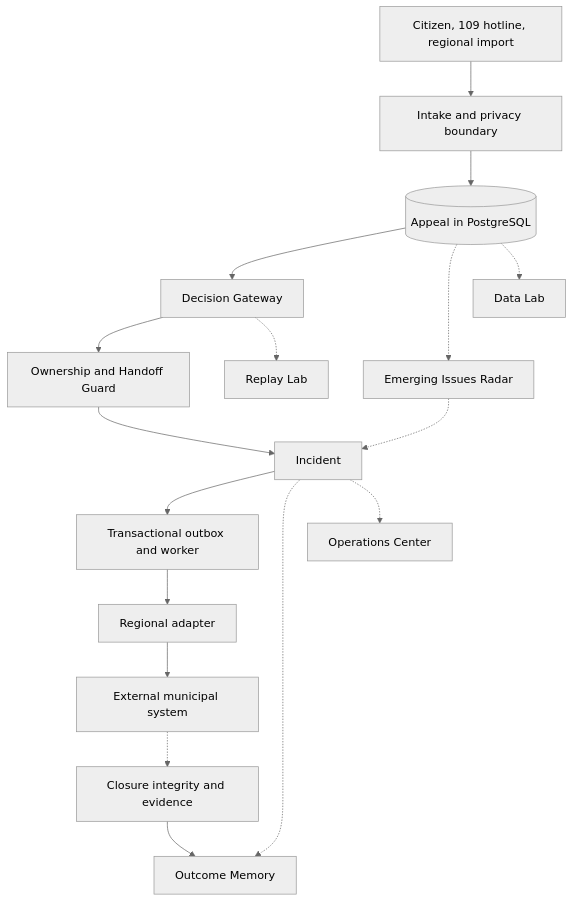
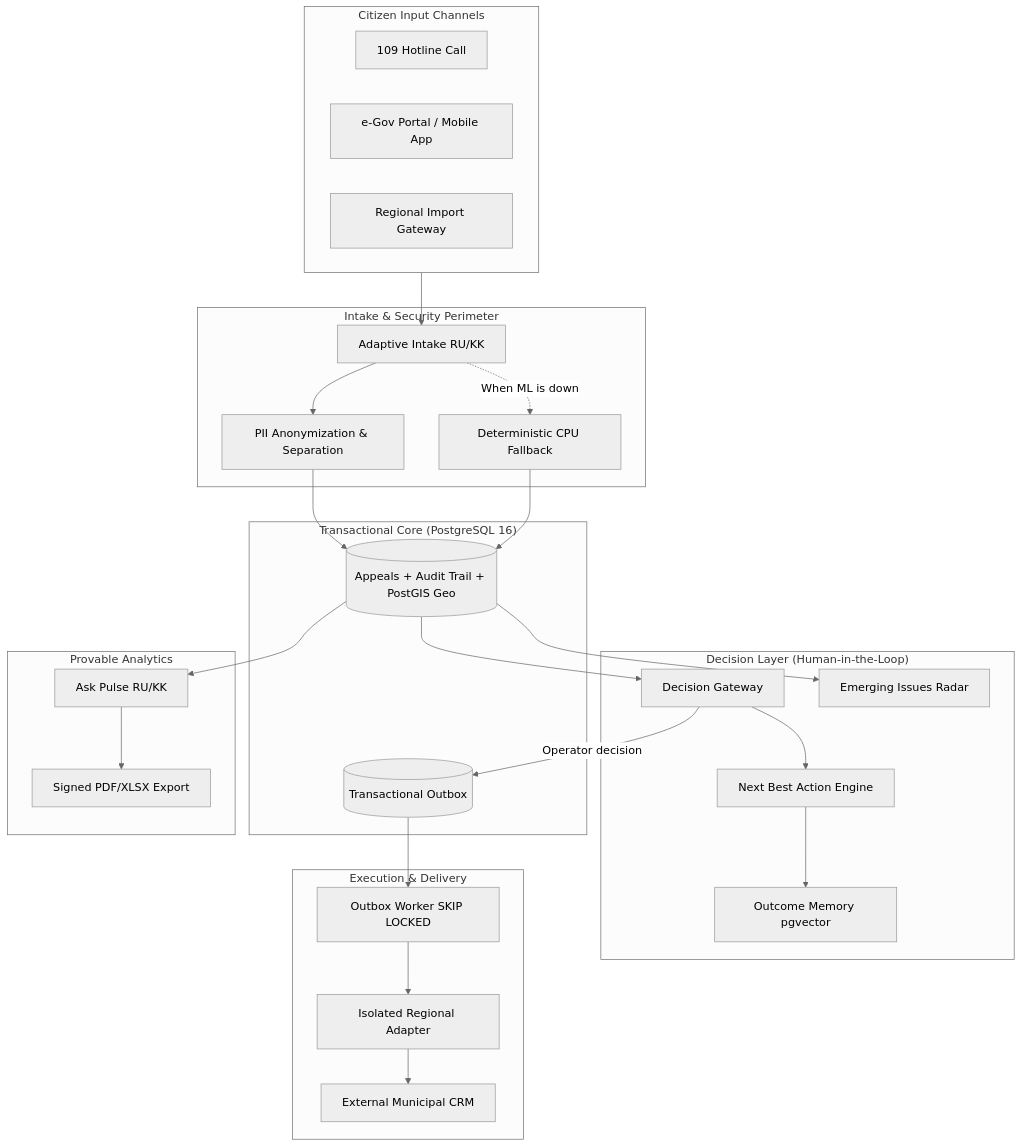
The diagram in README.en.md (BAITC-Hacks/hack-803e2c8f-baash), drawn with Mermaid (neutral theme) before and after one commit. The commit also changed other lines of this file and 1 other file, not shown here.

````diff
--- a/README.en.md
+++ b/README.en.md
@@ -46,20 +84,46 @@
 ```mermaid
 flowchart TD
-    C[Citizen, 109 hotline, regional import] --> I[Intake and privacy boundary]
-    I --> A[(Appeal in PostgreSQL)]
-    A --> G[Decision Gateway]
-    G --> O[Ownership and Handoff Guard]
-    O --> N[Incident]
-    N --> W[Transactional outbox and worker]
-    W --> X[Regional adapter]
-    X --> E[External municipal system]
+    subgraph Citizens["Citizen Input Channels"]
+        C1[109 Hotline Call]
+        C2[e-Gov Portal / Mobile App]
+        C3[Regional Import Gateway]
+    end
 
-    A -.-> R[Emerging Issues Radar]
-    R -.-> N
-    N -.-> M[Outcome Memory]
-    E -.-> V[Closure integrity and evidence]
-    V --> M
-    A -.-> D[Data Lab]
-    N -.-> P[Operations Center]
-    G -.-> L[Replay Lab]
+    subgraph IntakeBoundary["Intake & Security Perimeter"]
+        I[Adaptive Intake RU/KK]
+        P[PII Anonymization & Separation]
+        D[Deterministic CPU Fallback]
+    end
+
+    subgraph CoreStorage["Transactional Core (PostgreSQL 16)"]
+        DB[(Appeals + Audit Trail + PostGIS Geo)]
+        OUTBOX[(Transactional Outbox)]
+    end
+
+    subgraph DecisionLayer["Decision Layer (Human-in-the-Loop)"]
+        GW[Decision Gateway]
+        RADAR[Emerging Issues Radar]
+        NBA[Next Best Action Engine]
+        MEM[Outcome Memory pgvector]
+    end
+
+    subgraph Execution["Execution & Delivery"]
+        WORKER[Outbox Worker SKIP LOCKED]
+        ADAPT[Isolated Regional Adapter]
+        CRM[External Municipal CRM]
+    end
+
+    subgraph AnalyticsEngine["Provable Analytics"]
+        ASK[Ask Pulse RU/KK]
+        EXP[Signed PDF/XLSX Export]
+    end
+
+    Citizens --> I --> P --> DB
+    I -. When ML is down .-> D --> DB
+    DB --> RADAR
+    DB --> GW --> NBA
+    NBA --> MEM
+    GW -->|Operator decision| OUTBOX
+    OUTBOX --> WORKER --> ADAPT --> CRM
+    DB --> ASK --> EXP
 ```
````
